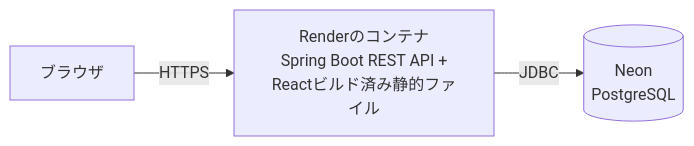
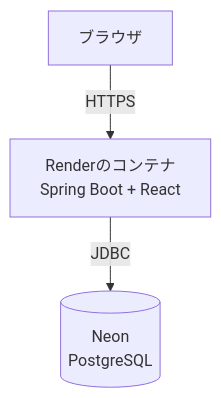
The second of 3 diagrams in README.md (tomys4529/chikecan), drawn with Mermaid before and after one commit. The commit also changed other lines of this file, not shown here.

````diff
--- a/README.md
+++ b/README.md
@@ -174,5 +178,9 @@
 ```mermaid
-flowchart LR
-    B["ブラウザ"] -->|HTTPS| R["Renderのコンテナ<br>Spring Boot REST API +<br>Reactビルド済み静的ファイル"]
-    R -->|JDBC| N[("Neon<br>PostgreSQL")]
+flowchart TD
+    B["ブラウザ"]
+    R["Renderのコンテナ<br/>Spring Boot + React"]
+    N[("Neon<br/>PostgreSQL")]
+
+    B -->|HTTPS| R
+    R -->|JDBC| N
 ```
````
